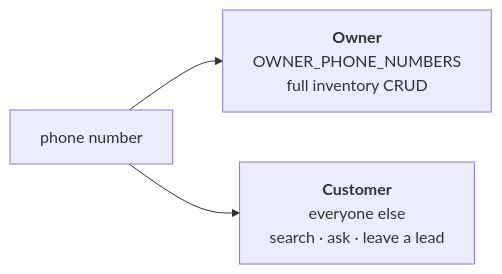
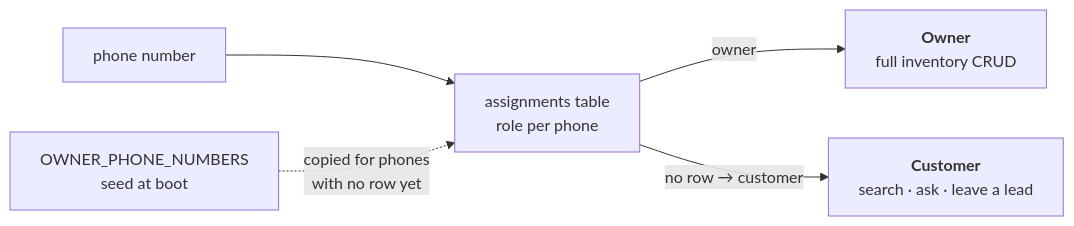
One commit to santiagoposadag/ShopifyVitrina changed the second of 2 diagrams in docs/README.md. Above: the diagram before and after it, drawn with Mermaid. The commit also changed other lines of this file and 10 other files, not shown here.

````diff
--- a/docs/README.md
+++ b/docs/README.md
@@ -67,7 +68,7 @@
 ```mermaid
 graph LR
-    O["<b>Owner</b><br/>OWNER_PHONE_NUMBERS<br/>full inventory CRUD"]
-    C["<b>Customer</b><br/>everyone else<br/>search · ask · leave a lead"]
-    P["phone number"] --> O
-    P --> C
+    P["phone number"] --> T["assignments table<br/>role per phone"]
+    T -->|"owner"| O["<b>Owner</b><br/>full inventory CRUD"]
+    T -->|"no row → customer"| C["<b>Customer</b><br/>search · ask · leave a lead"]
+    SEED["OWNER_PHONE_NUMBERS<br/>seed at boot"] -.->|"copied for phones<br/>with no row yet"| T
 ```
````
